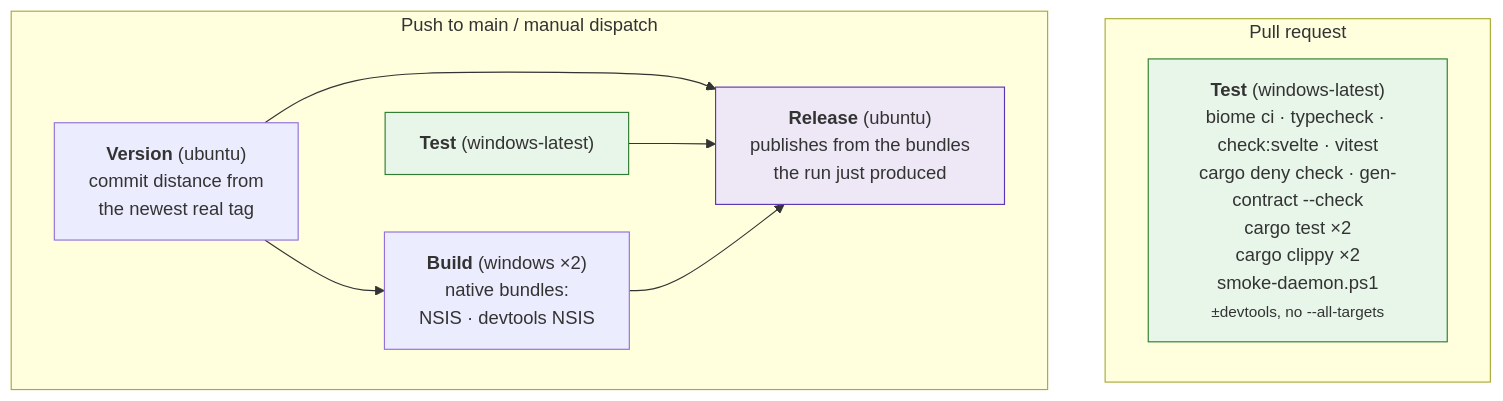
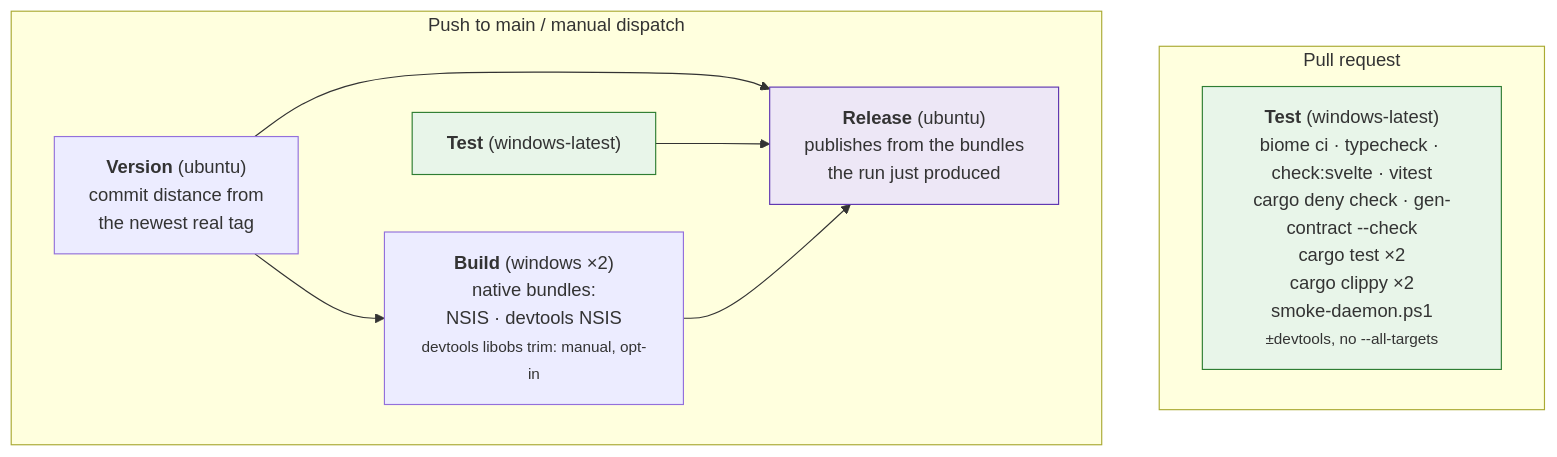
Before and after one commit to NinjaGoldfinch/ninja-recorder: the first of 3 diagrams in docs/ci-and-releases.md, drawn with Mermaid. The commit also changed other lines of this file and 5 other files, not shown here.

First line of the commit message:
feat(ci): trim libobs to a keep-list read off the staged tree, devtools only (#5) (#211)

````diff
--- a/docs/ci-and-releases.md
+++ b/docs/ci-and-releases.md
@@ -14,19 +14,19 @@
 ```mermaid
 flowchart TB
     subgraph PR["Pull request"]
         T1["<b>Test</b> (windows-latest)<br/>biome ci · typecheck · check:svelte · vitest<br/>cargo deny check · gen-contract --check<br/>cargo test ×2<br/>cargo clippy ×2<br/>smoke-daemon.ps1<br/><small>±devtools, no --all-targets</small>"]
     end
     subgraph MAIN["Push to main / manual dispatch"]
         T["<b>Test</b> (windows-latest)"]
         V["<b>Version</b> (ubuntu)<br/>commit distance from<br/>the newest real tag"]
-        B["<b>Build</b> (windows ×2)<br/>native bundles:<br/>NSIS · devtools NSIS"]
+        B["<b>Build</b> (windows ×2)<br/>native bundles:<br/>NSIS · devtools NSIS<br/><small>devtools libobs trim: manual, opt-in</small>"]
         R["<b>Release</b> (ubuntu)<br/>publishes from the bundles<br/>the run just produced"]
         V --> B
         V --> R
         T --> R
         B --> R
     end
     style T1 fill:#e8f5e9,stroke:#2e7d32
     style T fill:#e8f5e9,stroke:#2e7d32
     style R fill:#ede7f6,stroke:#5e35b1
 ```
````
